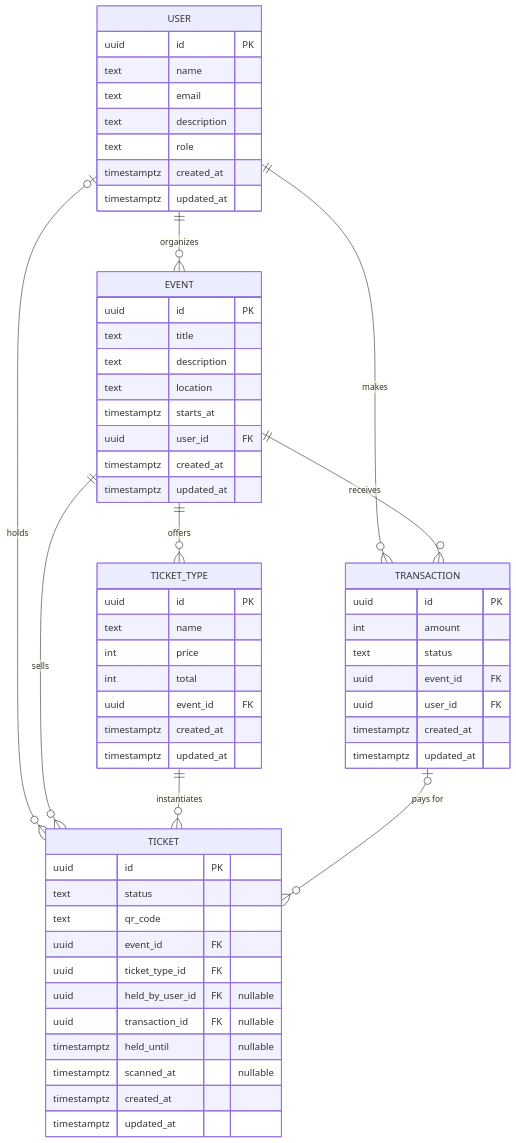
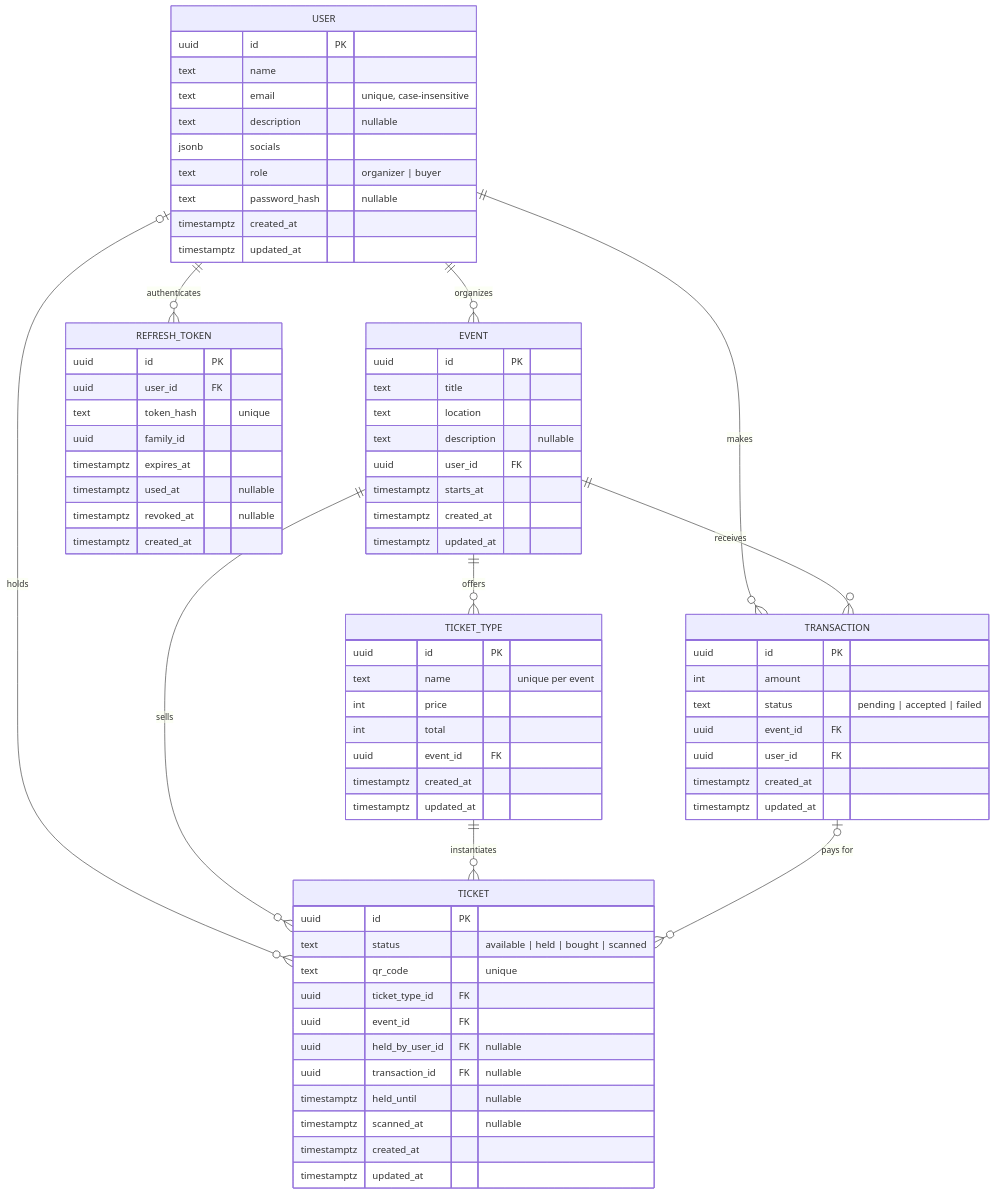
Before and after one commit to davidpuscas93/doorman: the diagram in docs/data-model.md, drawn with Mermaid. The commit also changed other lines of this file and 9 other files, not shown here.

````diff
--- a/docs/data-model.md
+++ b/docs/data-model.md
@@ -1,23 +1,26 @@
 ```mermaid
 erDiagram
-    USER        ||--o{ EVENT        : organizes
-    USER        ||--o{ TRANSACTION  : makes
-    USER        |o--o{ TICKET       : holds
+    USER        ||--o{ EVENT            : organizes
+    USER        ||--o{ TRANSACTION      : makes
+    USER        |o--o{ TICKET           : holds
+    USER        ||--o{ REFRESH_TOKEN    : authenticates
 
-    EVENT       ||--o{ TRANSACTION  : receives
-    EVENT       ||--o{ TICKET       : sells
-    EVENT       ||--o{ TICKET_TYPE  : offers
+    EVENT       ||--o{ TRANSACTION      : receives
+    EVENT       ||--o{ TICKET           : sells
+    EVENT       ||--o{ TICKET_TYPE      : offers
 
-    TICKET_TYPE ||--o{ TICKET       : instantiates
+    TICKET_TYPE ||--o{ TICKET           : instantiates
 
-    TRANSACTION |o--o{ TICKET       : "pays for"
+    TRANSACTION |o--o{ TICKET           : "pays for"
 
     USER {
         uuid        id              PK
         text        name
-        text        email
-        text        description
-        text        role
+        text        email               "unique, case-insensitive"
+        text        description         "nullable"
+        jsonb       socials
+        text        role                "organizer | buyer"
+        text        password_hash       "nullable"
         timestamptz created_at
         timestamptz updated_at
     }
@@ -25,20 +28,20 @@
     EVENT {
         uuid        id              PK
         text        title
-        text        description
         text        location
+        text        description         "nullable"
+        uuid        user_id         FK
         timestamptz starts_at
-        uuid        user_id         FK
         timestamptz created_at
         timestamptz updated_at
     }
 
     TICKET {
         uuid        id              PK
-        text        status
-        text        qr_code
+        text        status              "available | held | bought | scanned"
+        text        qr_code             "unique"
+        uuid        ticket_type_id  FK
         uuid        event_id        FK
-        uuid        ticket_type_id  FK
         uuid        held_by_user_id FK  "nullable"
         uuid        transaction_id  FK  "nullable"
         timestamptz held_until          "nullable"
@@ -49,7 +52,7 @@
 
     TICKET_TYPE {
         uuid        id              PK
-        text        name
+        text        name                "unique per event"
         int         price
         int         total
         uuid        event_id        FK
@@ -60,10 +63,21 @@
     TRANSACTION {
         uuid        id              PK
         int         amount
-        text        status
+        text        status              "pending | accepted | failed"
         uuid        event_id        FK
         uuid        user_id         FK
         timestamptz created_at
         timestamptz updated_at
     }
+
+    REFRESH_TOKEN {
+        uuid        id              PK
+        uuid        user_id         FK
+        text        token_hash          "unique"
+        uuid        family_id
+        timestamptz expires_at
+        timestamptz used_at             "nullable"
+        timestamptz revoked_at          "nullable"
+        timestamptz created_at
+    }
 ```
````
